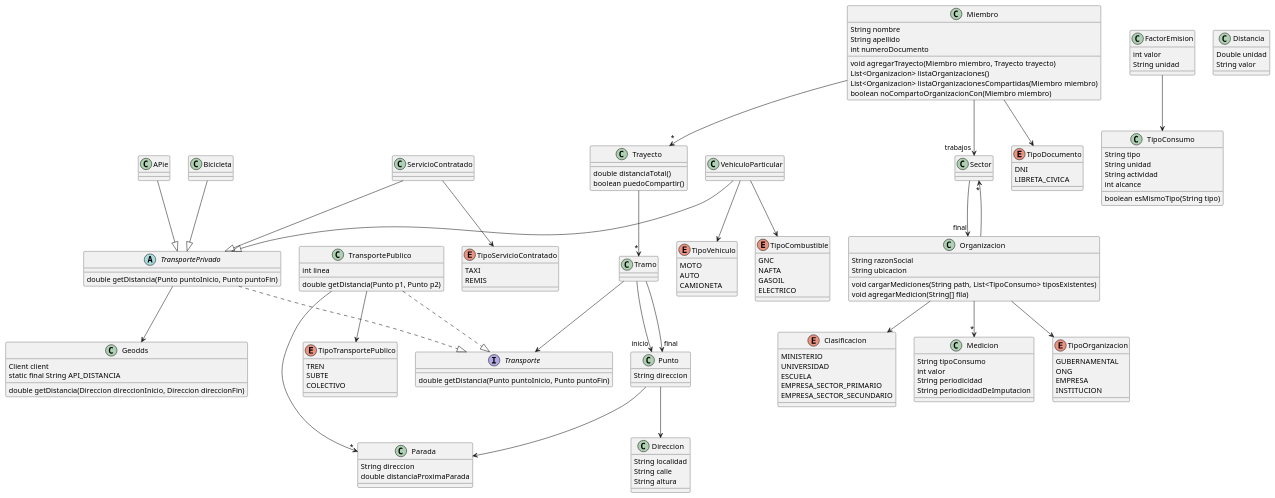
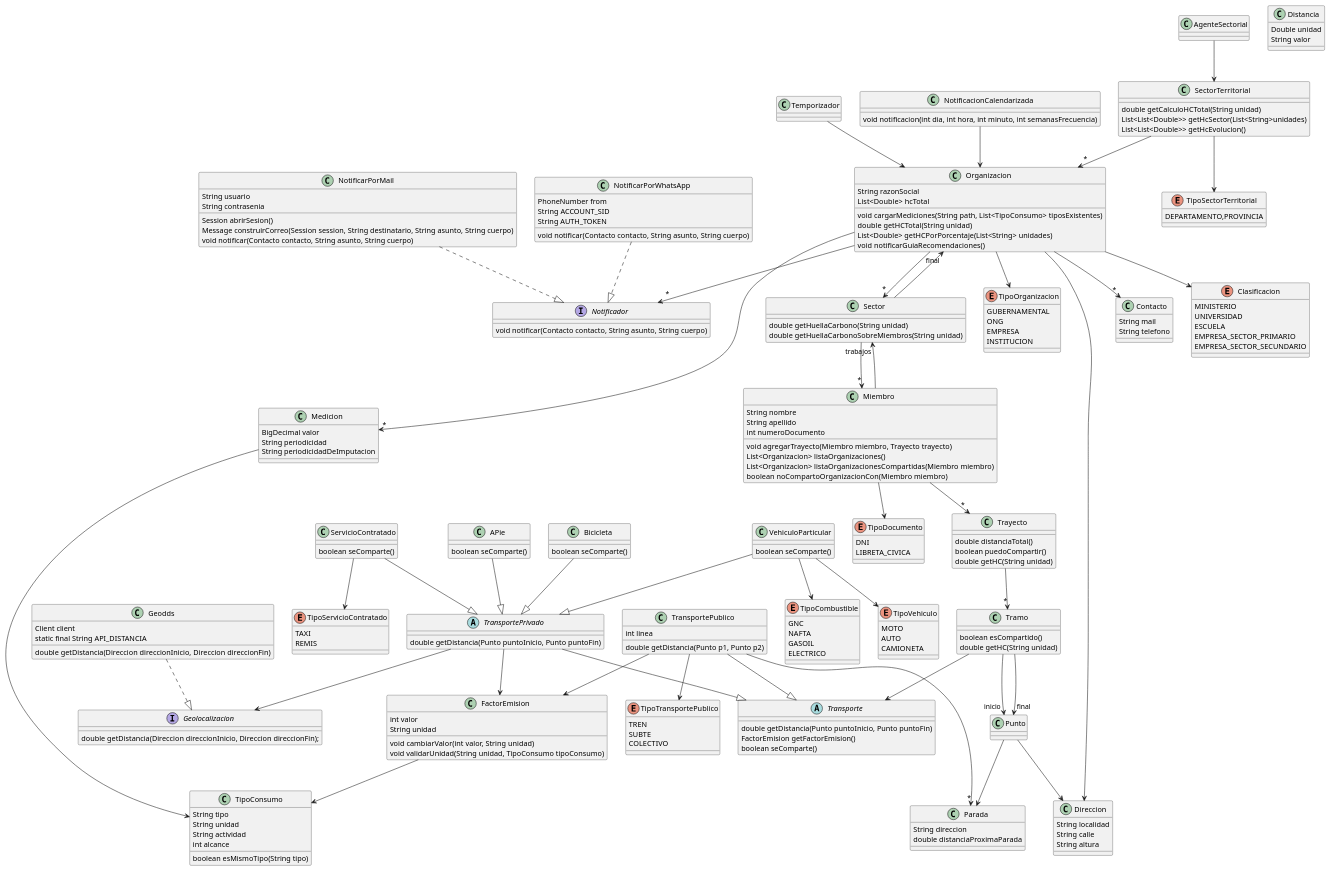
One commit to comejia/utn-dds-mi-impacto-ambiental changed the diagram in src/main/resources/DC-General.puml. Above: the diagram before and after it, drawn with PlantUML. The commit also changed 1 other file, not shown here.

Commit message:
Actualización diagrama de clases

```diff
--- a/src/main/resources/DC-General.puml
+++ b/src/main/resources/DC-General.puml
@@ -4,6 +4,13 @@
     Client client
     static final String API_DISTANCIA
     double getDistancia(Direccion direccionInicio, Direccion direccionFin)
+}
+
+interface Geolocalizacion {
+    double getDistancia(Direccion direccionInicio, Direccion direccionFin);
+}
+
+class AgenteSectorial {
 }
 
 class Miembro {
@@ -21,6 +28,37 @@
     LIBRETA_CIVICA
 }
 
+class Contacto {
+    String mail
+    String telefono
+}
+
+class NotificacionCalendarizada {
+    void notificacion(int dia, int hora, int minuto, int semanasFrecuencia)
+}
+
+interface Notificador {
+    void notificar(Contacto contacto, String asunto, String cuerpo)
+}
+
+class NotificarPorMail {
+    String usuario
+    String contrasenia
+    Session abrirSesion()
+    Message construirCorreo(Session session, String destinatario, String asunto, String cuerpo)
+    void notificar(Contacto contacto, String asunto, String cuerpo)
+}
+
+class NotificarPorWhatsApp {
+    PhoneNumber from
+    String ACCOUNT_SID
+    String AUTH_TOKEN
+    void notificar(Contacto contacto, String asunto, String cuerpo)
+}
+
+class Temporizador {
+}
+
 enum Clasificacion {
     MINISTERIO
     UNIVERSIDAD
@@ -32,23 +70,35 @@
 class FactorEmision {
     int valor
     String unidad
+    void cambiarValor(int valor, String unidad)
+    void validarUnidad(String unidad, TipoConsumo tipoConsumo)
 }
 
 class Medicion {
-    String tipoConsumo
-    int valor
+    BigDecimal valor
     String periodicidad
     String periodicidadDeImputacion
 }
 
 class Organizacion {
     String razonSocial
-    String ubicacion
+    List<Double> hcTotal
     void cargarMediciones(String path, List<TipoConsumo> tiposExistentes)
-    void agregarMedicion(String[] fila)
+    double getHCTotal(String unidad)
+    List<Double> getHCPorPorcentaje(List<String> unidades)
+    void notificarGuiaRecomendaciones()
 }
 
-class Sector
+class Sector {
+    double getHuellaCarbono(String unidad)
+    double getHuellaCarbonoSobreMiembros(String unidad)
+}
+
+class SectorTerritorial {
+    double getCalculoHCTotal(String unidad)
+    List<List<Double>> getHcSector(List<String>unidades)
+    List<List<Double>> getHcEvolucion()
+}
 
 class TipoConsumo {
     String tipo
@@ -65,15 +115,26 @@
     INSTITUCION
 }
 
-class APie
-class Bicicleta
+enum TipoSectorTerritorial {
+    DEPARTAMENTO,PROVINCIA
+}
+
+class APie {
+    boolean seComparte()
+}
+
+class Bicicleta {
+    boolean seComparte()
+}
 
 class Parada {
     String direccion
 }
 
 
-class ServicioContratado
+class ServicioContratado {
+    boolean seComparte()
+}
 
 enum TipoCombustible {
     GNC
@@ -99,8 +160,10 @@
     CAMIONETA
 }
 
-interface Transporte {
+abstract class Transporte {
     double getDistancia(Punto puntoInicio, Punto puntoFin)
+    FactorEmision getFactorEmision()
+    boolean seComparte()
 }
 
 abstract class TransportePrivado {
@@ -112,7 +175,9 @@
     double getDistancia(Punto p1, Punto p2)
 }
 
-class VehiculoParticular
+class VehiculoParticular {
+    boolean seComparte()
+}
 
 class Direccion {
     String localidad
@@ -130,14 +195,17 @@
 }
 
 class Punto {
-    String direccion
 }
 
-class Tramo {}
+class Tramo {
+    boolean esCompartido()
+    double getHC(String unidad)
+}
 
 class Trayecto {
     double distanciaTotal()
     boolean puedoCompartir()
+    double getHC(String unidad)
 }
 
 Miembro --> TipoDocumento
@@ -148,18 +216,25 @@
 Organizacion --> Clasificacion
 Organizacion --> "*" Sector
 Organizacion --> "*" Medicion
+Organizacion --> Direccion
+Organizacion --> "*" Contacto
+Organizacion --> "*" Notificador
+
 
 Sector --> "final" Organizacion
+Sector --> "*" Miembro
 
 APie --|> TransportePrivado
 Bicicleta --|> TransportePrivado
 ServicioContratado --|> TransportePrivado
 ServicioContratado --> TipoServicioContratado
-TransportePrivado ..|> Transporte
-TransportePrivado --> Geodds
-TransportePublico ..|> Transporte
+TransportePrivado --|> Transporte
+TransportePrivado --> Geolocalizacion
+TransportePrivado --> FactorEmision
+TransportePublico --|> Transporte
 TransportePublico --> TipoTransportePublico
 TransportePublico --> "*" Parada
+TransportePublico --> FactorEmision
 
 VehiculoParticular --|> TransportePrivado
 VehiculoParticular --> TipoVehiculo
@@ -175,4 +250,18 @@
 Punto --> Direccion
 Punto --> Parada
 
+Geodds ..|> Geolocalizacion
+
+AgenteSectorial --> SectorTerritorial
+
+NotificacionCalendarizada --> Organizacion
+NotificarPorMail ..|> Notificador
+NotificarPorWhatsApp ..|> Notificador
+
+Temporizador --> Organizacion
+
+Medicion --> TipoConsumo
+
+SectorTerritorial --> "*" Organizacion
+SectorTerritorial --> TipoSectorTerritorial
 @enduml
```
